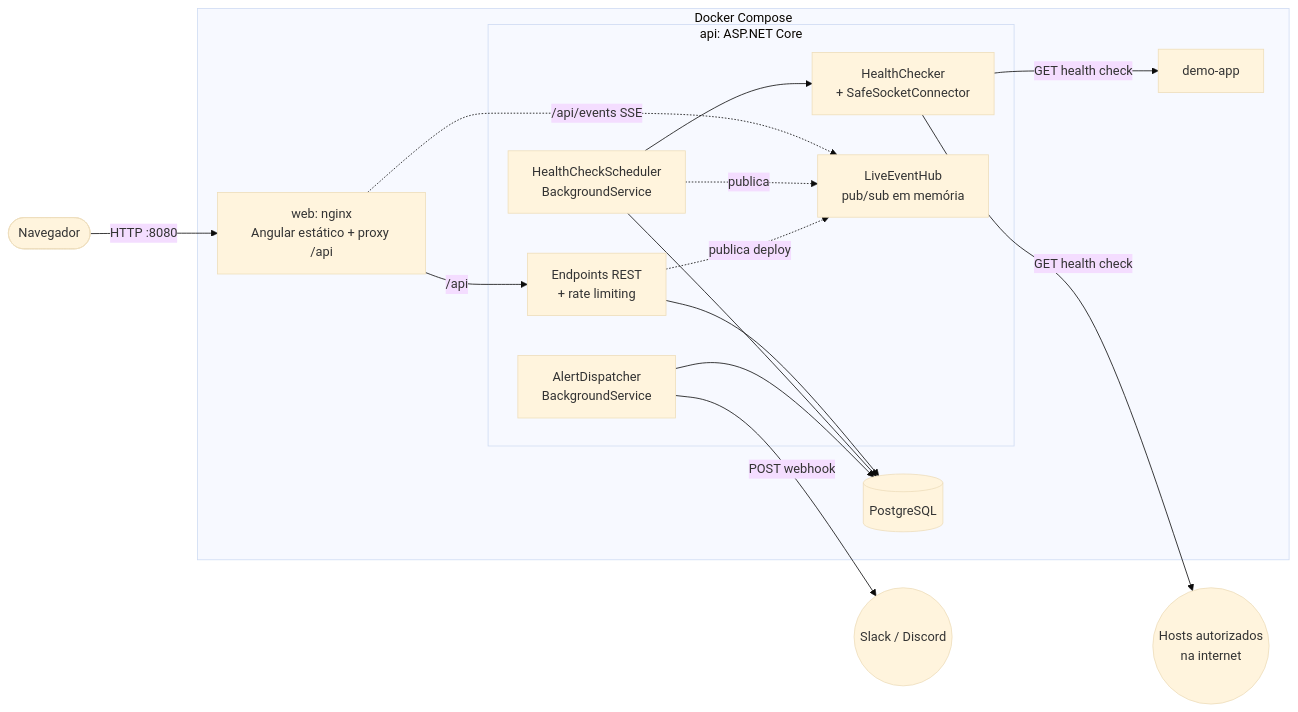
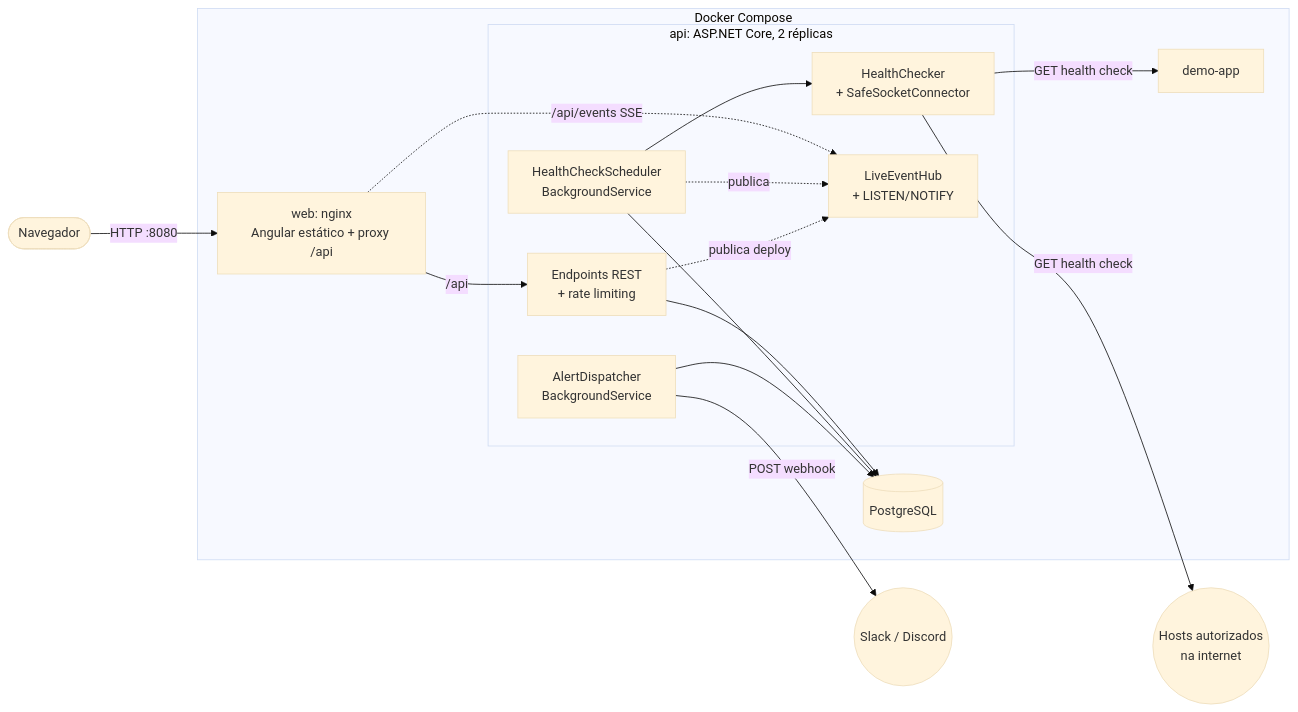
One commit to Thomaiiz/deployguard changed the first of 6 diagrams in README.md. Above: the diagram before and after it, drawn with Mermaid (base theme). The commit also changed other lines of this file and 16 other files, not shown here.

First line of the commit message:
Várias instâncias da API: SKIP LOCKED, LISTEN/NOTIFY e migrations com trava

````diff
--- a/README.md
+++ b/README.md
@@ -113,29 +125,29 @@
 ```mermaid
 flowchart LR
     user([Navegador]) -->|HTTP :8080| nginx
 
     subgraph compose[Docker Compose]
         nginx[web: nginx<br/>Angular estático + proxy /api]
-        subgraph api[api: ASP.NET Core]
+        subgraph api[api: ASP.NET Core, 2 réplicas]
             endpoints[Endpoints REST<br/>+ rate limiting]
             scheduler[HealthCheckScheduler<br/>BackgroundService]
             checker[HealthChecker<br/>+ SafeSocketConnector]
             dispatcher[AlertDispatcher<br/>BackgroundService]
-            hub[LiveEventHub<br/>pub/sub em memória]
+            hub[LiveEventHub<br/>+ LISTEN/NOTIFY]
         end
         db[(PostgreSQL)]
         demo[demo-app]
     end
 
     nginx -->|/api| endpoints
     nginx -.->|/api/events SSE| hub
     scheduler -.->|publica| hub
     endpoints -.->|publica deploy| hub
     endpoints --> db
     scheduler --> db
     scheduler --> checker
     checker -->|GET health check| demo
     checker -->|GET health check| internet((Hosts autorizados<br/>na internet))
     dispatcher --> db
     dispatcher -->|POST webhook| chat((Slack / Discord))
 ```
````
